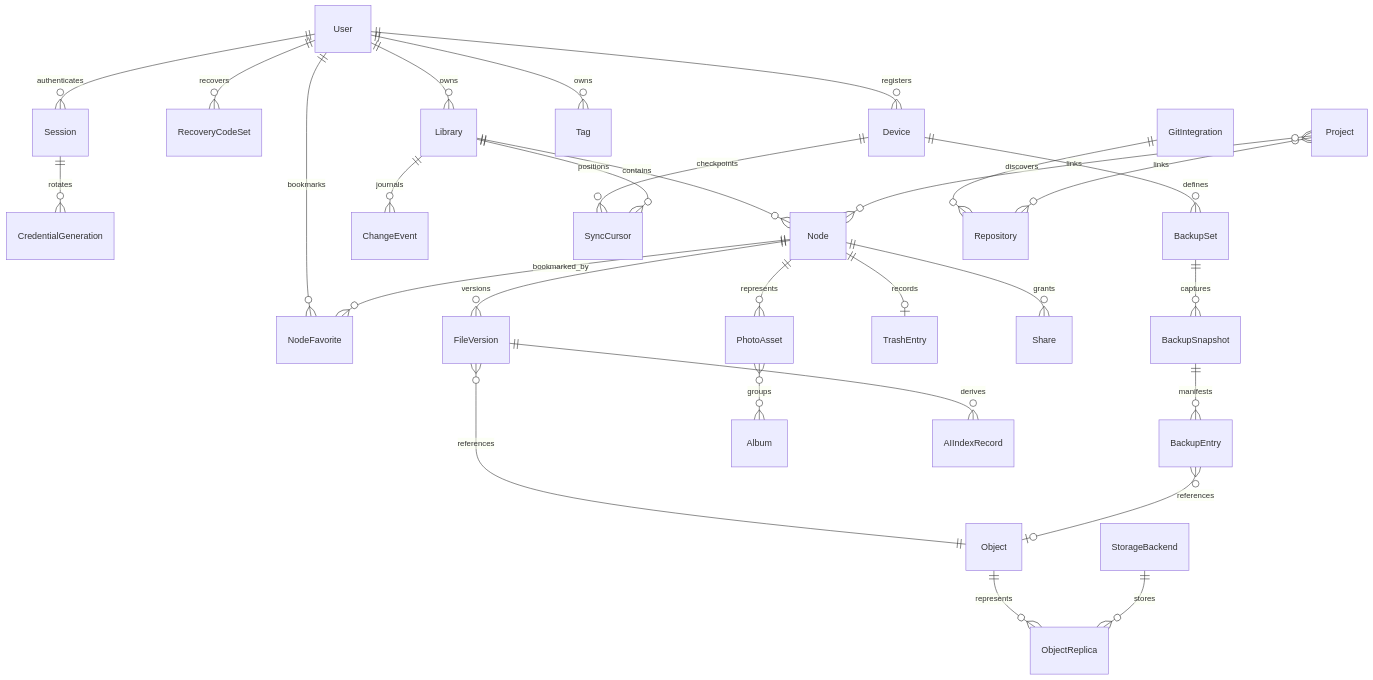
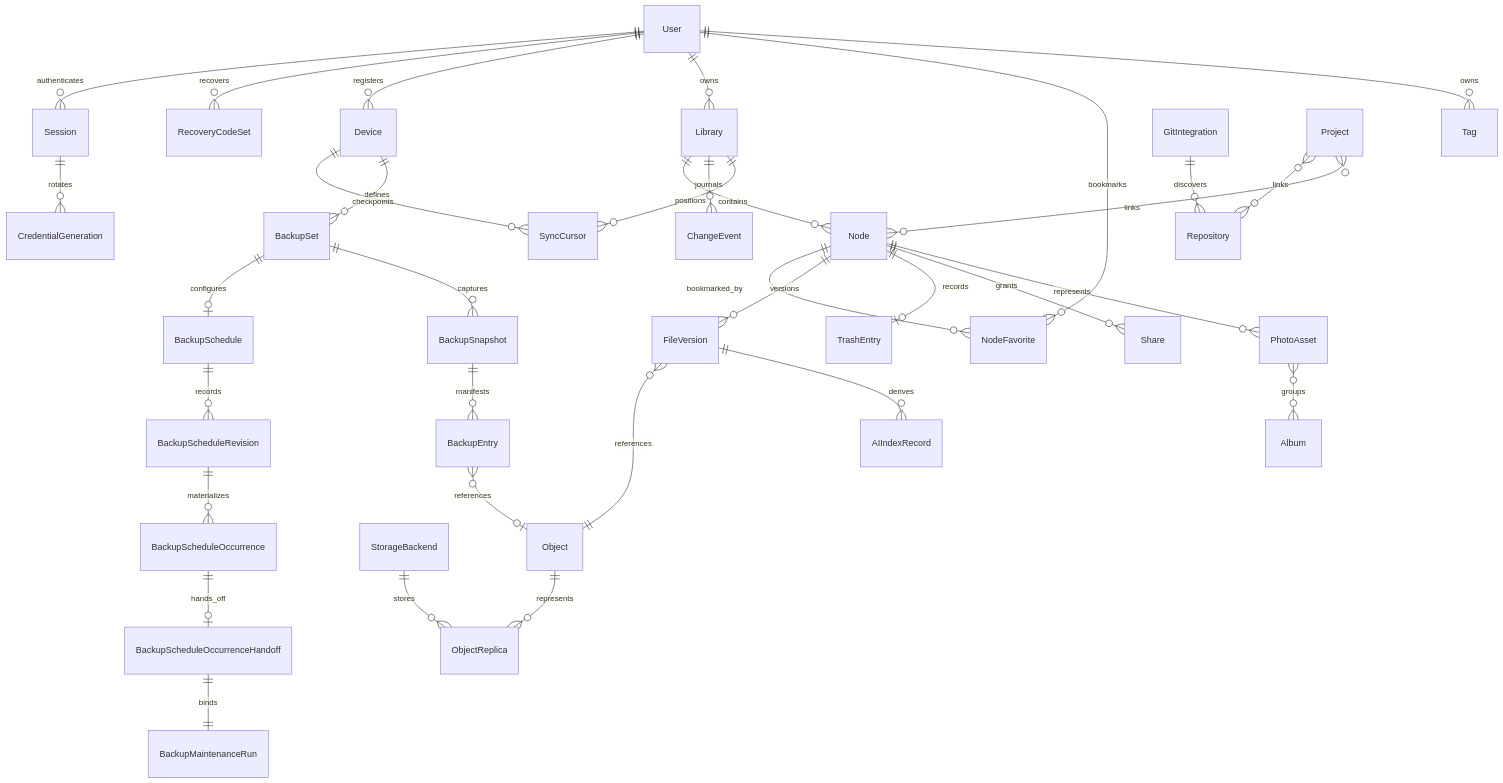
Before and after one commit to nghianguyen150612/Synveil: the diagram in docs/en/DOMAIN_MODEL.md, drawn with Mermaid. The commit also changed other lines of this file and 42 other files, not shown here.

Commit message:
feat: complete scheduled backup maintenance execution foundation

````diff
--- a/docs/en/DOMAIN_MODEL.md
+++ b/docs/en/DOMAIN_MODEL.md
@@ -51,31 +51,36 @@
 ```mermaid
 erDiagram
     User ||--o{ Session : authenticates
     Session ||--o{ CredentialGeneration : rotates
     User ||--o{ RecoveryCodeSet : recovers
     User ||--o{ Device : registers
     User ||--o{ Library : owns
     Library ||--o{ Node : contains
     User ||--o{ NodeFavorite : bookmarks
     Node ||--o{ NodeFavorite : bookmarked_by
     Node ||--o{ FileVersion : versions
     FileVersion }o--|| Object : references
     Object ||--o{ ObjectReplica : represents
     StorageBackend ||--o{ ObjectReplica : stores
     Library ||--o{ ChangeEvent : journals
     Device ||--o{ SyncCursor : checkpoints
     Library ||--o{ SyncCursor : positions
     Device ||--o{ BackupSet : defines
+    BackupSet ||--o| BackupSchedule : configures
+    BackupSchedule ||--o{ BackupScheduleRevision : records
+    BackupScheduleRevision ||--o{ BackupScheduleOccurrence : materializes
+    BackupScheduleOccurrence ||--o| BackupScheduleOccurrenceHandoff : hands_off
+    BackupScheduleOccurrenceHandoff ||--|| BackupMaintenanceRun : binds
     BackupSet ||--o{ BackupSnapshot : captures
     BackupSnapshot ||--o{ BackupEntry : manifests
     BackupEntry }o--o| Object : references
     Node ||--o| TrashEntry : records
     Node ||--o{ Share : grants
     Node ||--o{ PhotoAsset : represents
     PhotoAsset }o--o{ Album : groups
     User ||--o{ Tag : owns
     GitIntegration ||--o{ Repository : discovers
     Project }o--o{ Repository : links
     Project }o--o{ Node : links
     FileVersion ||--o{ AIIndexRecord : derives
 ```
````
